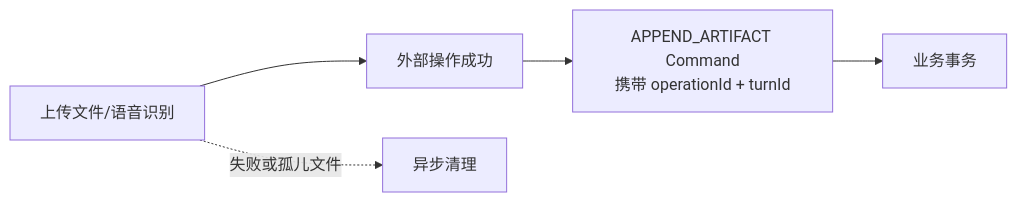
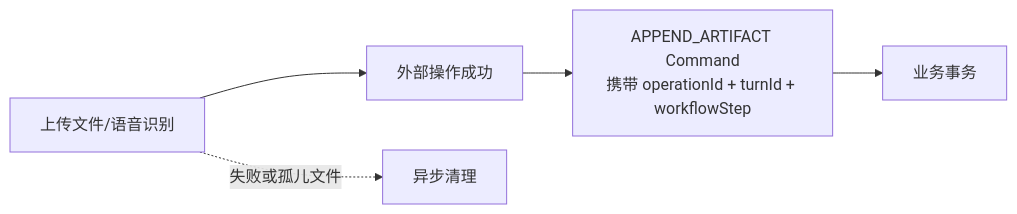
The fifth of 16 diagrams in docs/ROOM_PROTOCOL_V3_REFACTOR_PLAN.md (Bubble-419/cardboard-miniprogram), drawn with Mermaid before and after one commit. The commit also changed other lines of this file and 74 other files, not shown here.

````diff
--- a/docs/ROOM_PROTOCOL_V3_REFACTOR_PLAN.md
+++ b/docs/ROOM_PROTOCOL_V3_REFACTOR_PLAN.md
@@ -422,7 +424,7 @@
 ```mermaid
 flowchart LR
   U[上传文件/语音识别] --> X[外部操作成功]
-  X --> C[APPEND_ARTIFACT Command<br/>携带 operationId + turnId]
+  X --> C[APPEND_ARTIFACT Command<br/>携带 operationId + turnId + workflowStep]
   C --> TX[业务事务]
   U -.失败或孤儿文件.-> GC[异步清理]
 ```
````
